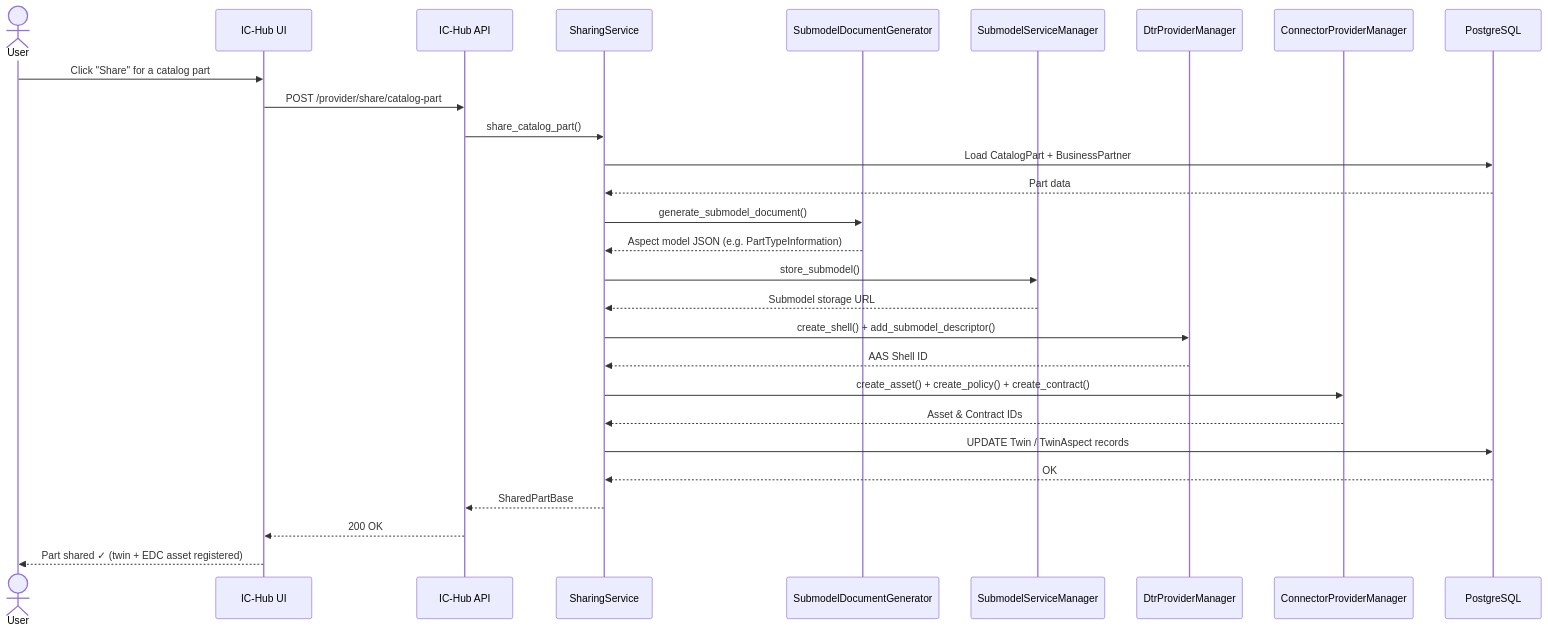
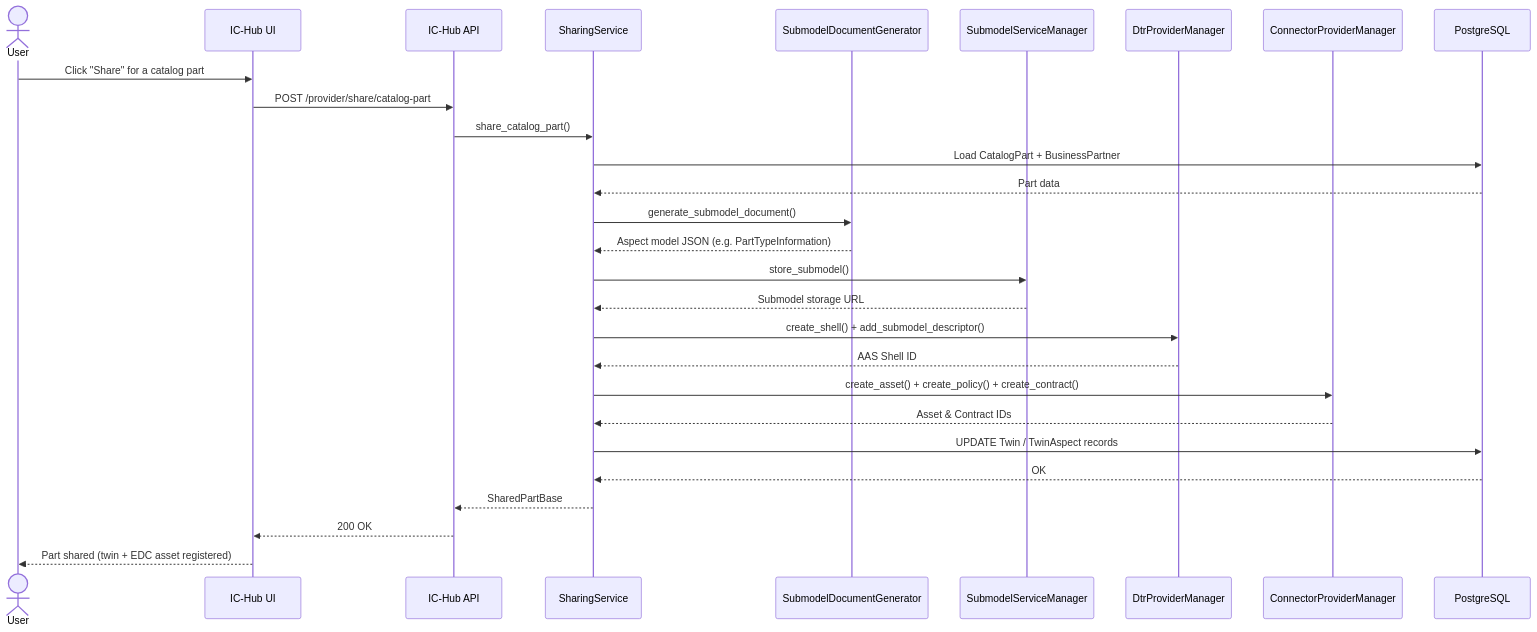
The sixth of 6 diagrams in README.md (jalvaro-lks/industry-core-hub), drawn with Mermaid before and after one commit. The commit also changed other lines of this file, not shown here.

Commit message:
Improve README tone and diagrams

````diff
--- a/README.md
+++ b/README.md
@@ -359,31 +369,31 @@
 ```mermaid
 sequenceDiagram
     actor User
     participant UI as IC-Hub UI
     participant API as IC-Hub API
     participant SHS as SharingService
     participant SDG as SubmodelDocumentGenerator
     participant SVM as SubmodelServiceManager
     participant DTR as DtrProviderManager
     participant EDC as ConnectorProviderManager
     participant DB as PostgreSQL
 
     User->>UI: Click "Share" for a catalog part
     UI->>API: POST /provider/share/catalog-part
     API->>SHS: share_catalog_part()
     SHS->>DB: Load CatalogPart + BusinessPartner
     DB-->>SHS: Part data
     SHS->>SDG: generate_submodel_document()
     SDG-->>SHS: Aspect model JSON (e.g. PartTypeInformation)
     SHS->>SVM: store_submodel()
     SVM-->>SHS: Submodel storage URL
     SHS->>DTR: create_shell() + add_submodel_descriptor()
     DTR-->>SHS: AAS Shell ID
     SHS->>EDC: create_asset() + create_policy() + create_contract()
     EDC-->>SHS: Asset & Contract IDs
     SHS->>DB: UPDATE Twin / TwinAspect records
     DB-->>SHS: OK
     SHS-->>API: SharedPartBase
     API-->>UI: 200 OK
-    UI-->>User: Part shared ✓ (twin + EDC asset registered)
+    UI-->>User: Part shared (twin + EDC asset registered)
 ```
````
